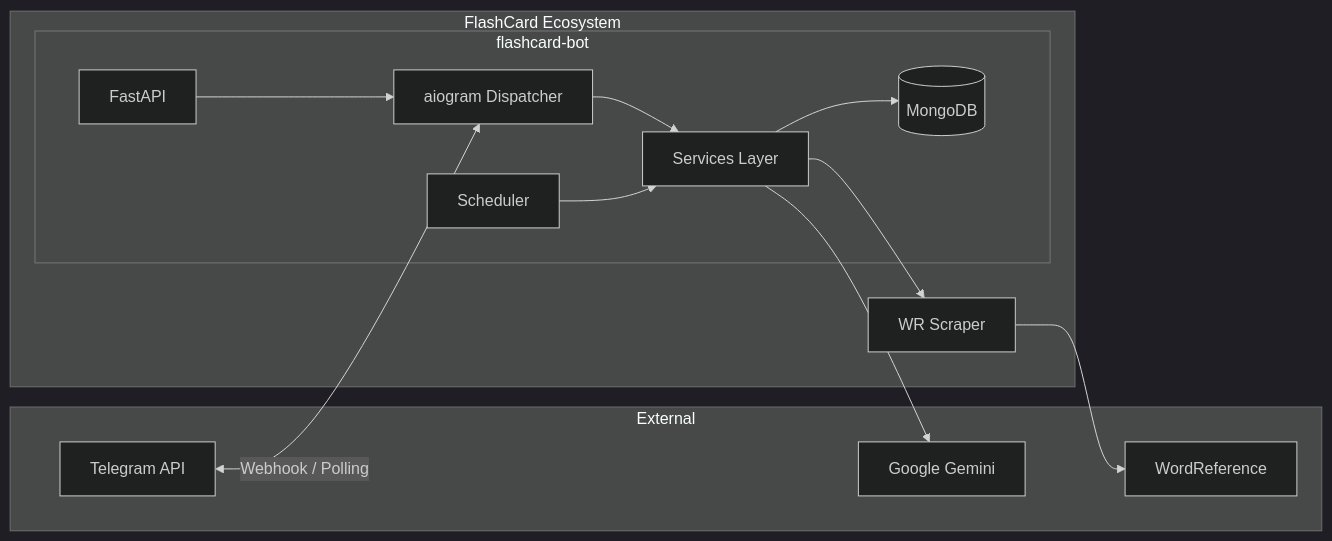
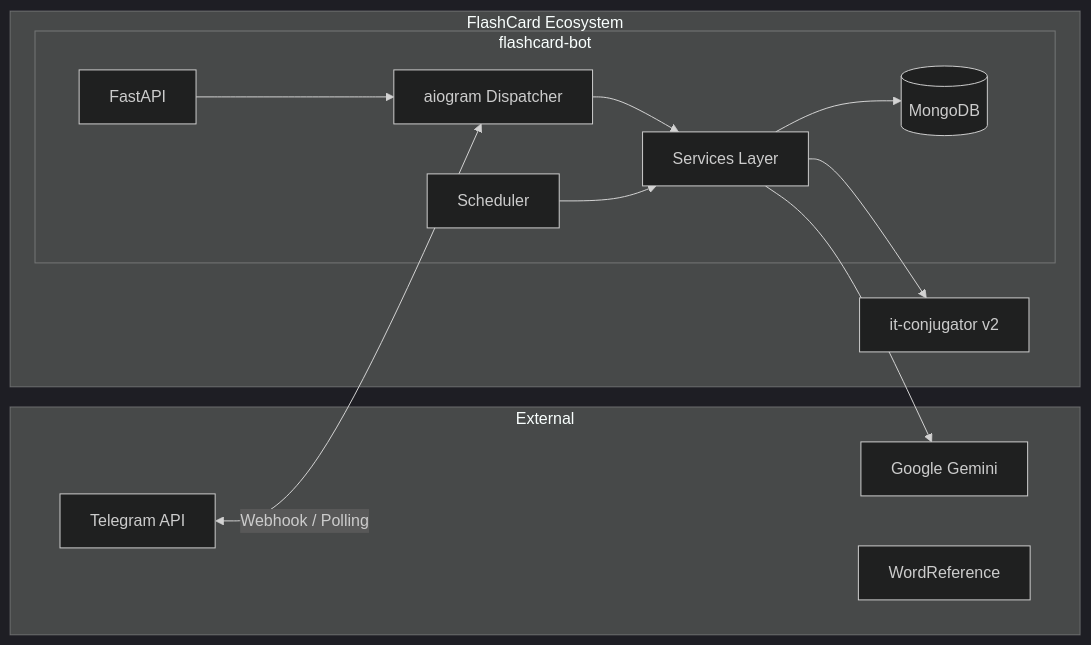
The first of 4 diagrams in flashcard-project/docs/architecture.md (d-khalang/FlashCard_ecosystem), drawn with Mermaid (dark theme) before and after one commit. The commit also changed other lines of this file and 48 other files, not shown here.

````diff
--- a/flashcard-project/docs/architecture.md
+++ b/flashcard-project/docs/architecture.md
@@ -7,28 +7,27 @@
 ```mermaid
 graph LR
     subgraph External
         TG[Telegram API]
         GEMINI[Google Gemini]
         WR[WordReference]
     end
 
     subgraph FlashCard Ecosystem
         subgraph flashcard-bot
             API[FastAPI]
             DP[aiogram Dispatcher]
             SCH[Scheduler]
             SVC[Services Layer]
             DB[(MongoDB)]
         end
-        SCRAPER[WR Scraper]
+        SCRAPER[it-conjugator v2]
     end
 
     TG <-->|Webhook / Polling| DP
     DP --> SVC
     SCH --> SVC
     SVC --> DB
     SVC --> GEMINI
     SVC --> SCRAPER
-    SCRAPER --> WR
     API --> DP
 ```
````
